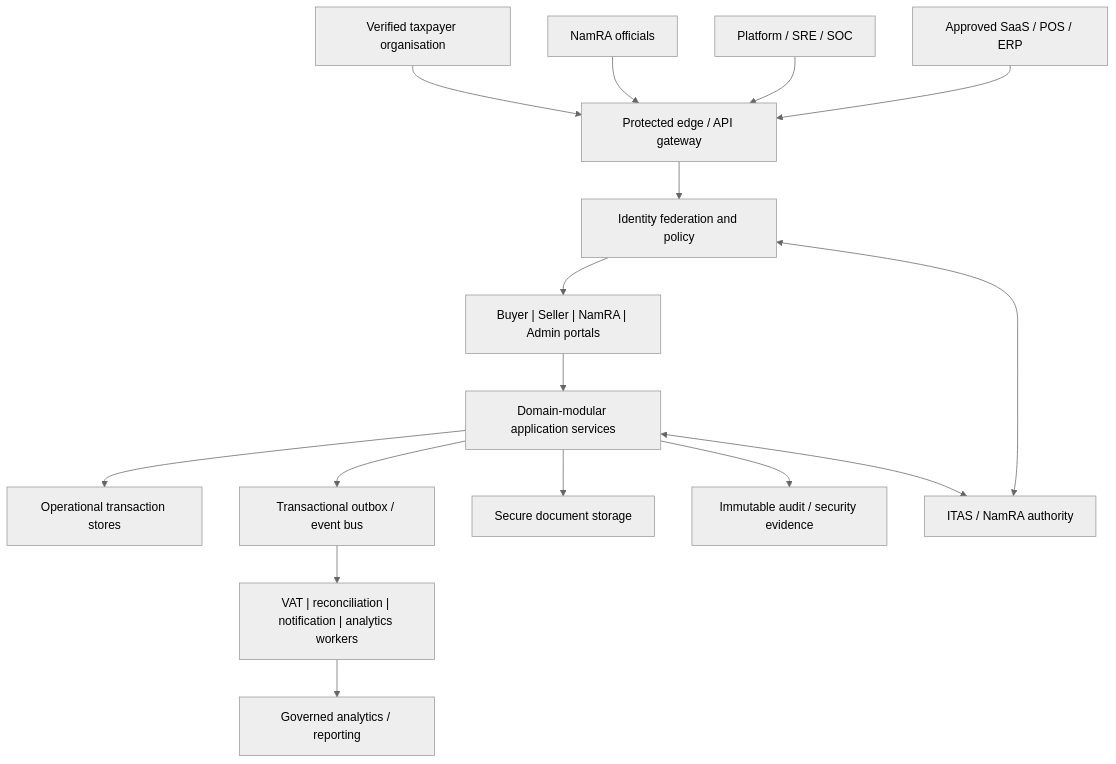
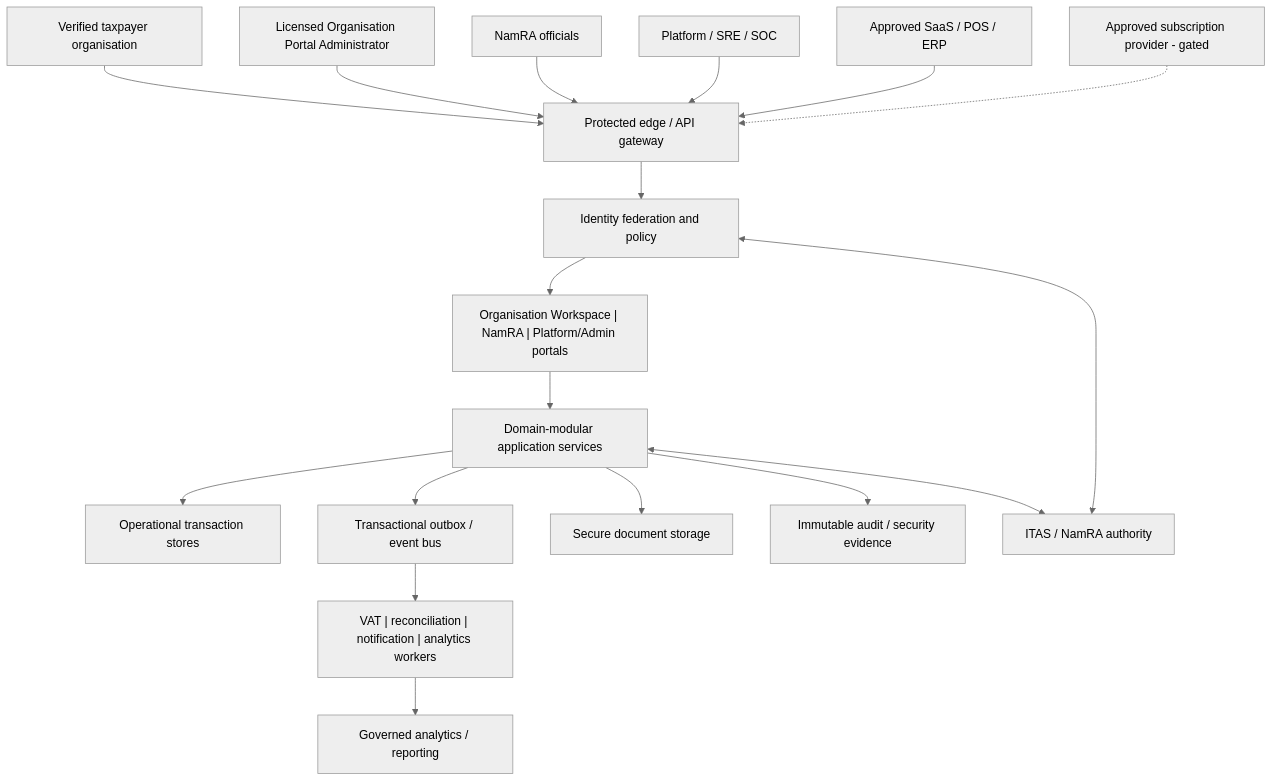
One commit to pigeonpreception-coder/VAT---MSA changed the diagram in 08-enterprise-architecture/diagrams/system-context.mmd. Above: the diagram before and after it, drawn with Mermaid (neutral theme). The commit also changed 40 other files, not shown here.

Commit message:
docs: extend workspace licensing and workflow architecture

```diff
--- a/08-enterprise-architecture/diagrams/system-context.mmd
+++ b/08-enterprise-architecture/diagrams/system-context.mmd
@@ -1,16 +1,18 @@
 flowchart TD
   TAX["Verified taxpayer organisation"] --> EDGE["Protected edge / API gateway"]
+  ORGADMIN["Licensed Organisation Portal Administrator"] --> EDGE
   NAMRA["NamRA officials"] --> EDGE
   OPS["Platform / SRE / SOC"] --> EDGE
   SAAS["Approved SaaS / POS / ERP"] --> EDGE
   EDGE --> IAM["Identity federation and policy"]
   ITAS["ITAS / NamRA authority"] <--> IAM
-  IAM --> PORTALS["Buyer | Seller | NamRA | Admin portals"]
+  IAM --> PORTALS["Organisation Workspace | NamRA | Platform/Admin portals"]
+  SUBSCRIPTION["Approved subscription provider - gated"] -.-> EDGE
   PORTALS --> DOMAINS["Domain-modular application services"]
   DOMAINS --> TX["Operational transaction stores"]
   DOMAINS --> OUTBOX["Transactional outbox / event bus"]
   OUTBOX --> WORKERS["VAT | reconciliation | notification | analytics workers"]
   DOMAINS --> DOCS["Secure document storage"]
   DOMAINS --> EVIDENCE["Immutable audit / security evidence"]
   DOMAINS <--> ITAS
   WORKERS --> ANALYTICS["Governed analytics / reporting"]
```
